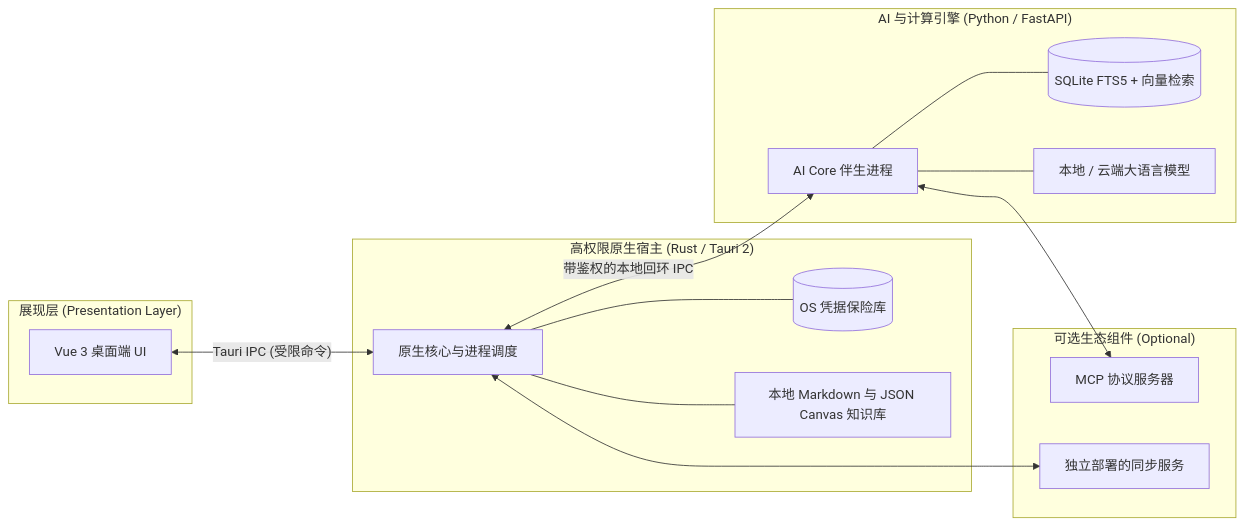
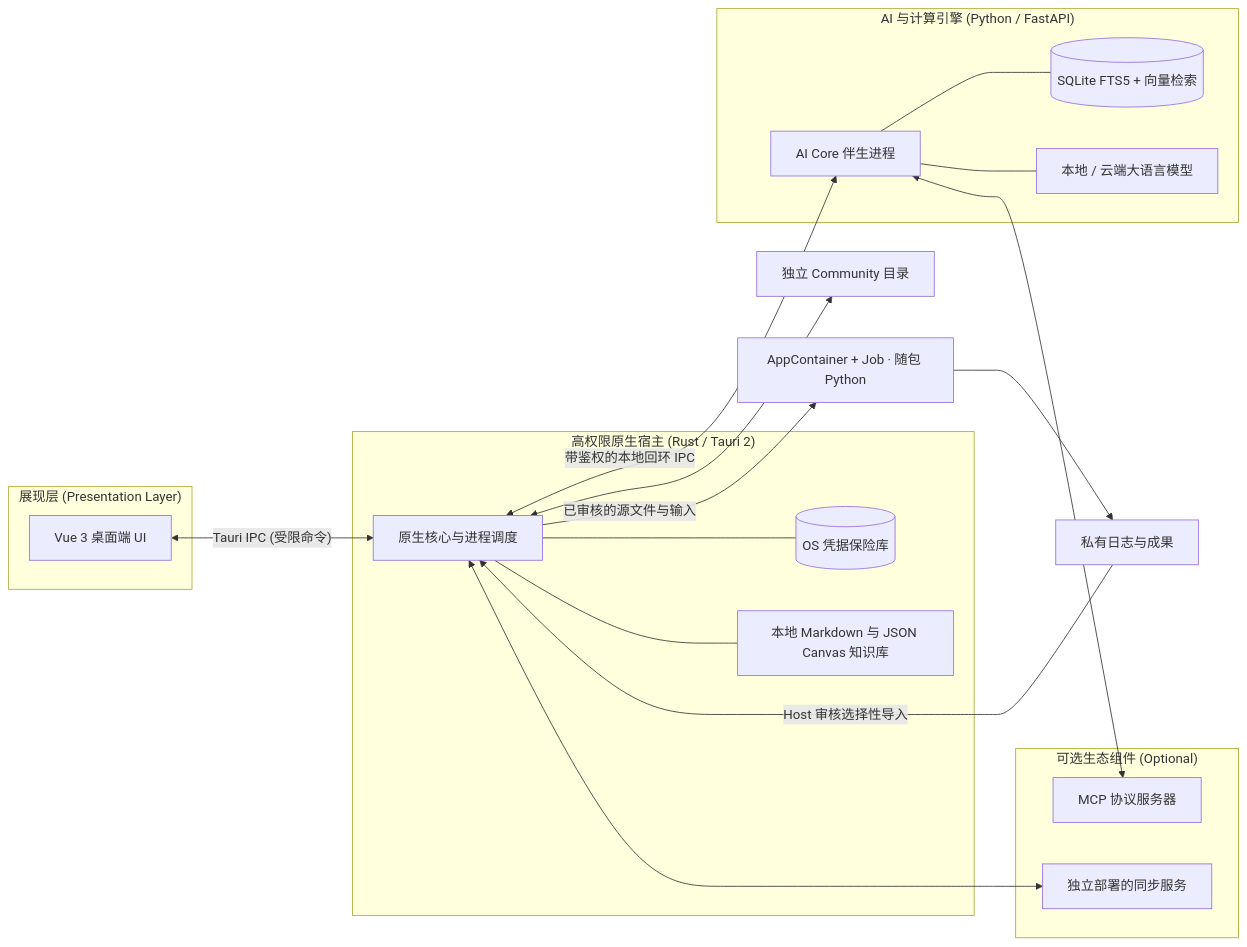
Before and after one commit to KiriAky107/OpenNexus: the sixth of 7 diagrams in README.zh-CN.md, drawn with Mermaid. The commit also changed other lines of this file and 14 other files, not shown here.

````diff
--- a/README.zh-CN.md
+++ b/README.zh-CN.md
@@ -235,33 +253,37 @@
 ```mermaid
 flowchart LR
     subgraph Frontend["展现层 (Presentation Layer)"]
         UI[Vue 3 桌面端 UI]
     end
 
     subgraph Host["高权限原生宿主 (Rust / Tauri 2)"]
         HOST[原生核心与进程调度]
         CRED[(OS 凭据保险库)]
         VAULT[本地 Markdown 与 JSON Canvas 知识库]
     end
 
     subgraph Core["AI 与计算引擎 (Python / FastAPI)"]
         CORE[AI Core 伴生进程]
         INDEX[(SQLite FTS5 + 向量检索)]
         LLM[本地 / 云端大语言模型]
     end
 
     subgraph External["可选生态组件 (Optional)"]
         MCP[MCP 协议服务器]
         SYNC[独立部署的同步服务]
     end
 
     UI <-->|"Tauri IPC (受限命令)"| HOST
     HOST <-->|"带鉴权的本地回环 IPC"| CORE
     HOST --- CRED
     HOST --- VAULT
     CORE --- INDEX
     CORE --- LLM
     CORE <--> MCP
     HOST <--> SYNC
+    HOST -->|已审核的源文件与输入| RUN[AppContainer + Job · 随包 Python]
+    RUN --> OUTPUT[私有日志与成果]
+    OUTPUT -->|Host 审核选择性导入| HOST
+    HOST <--> CATALOG[独立 Community 目录]
 
 ```
````
